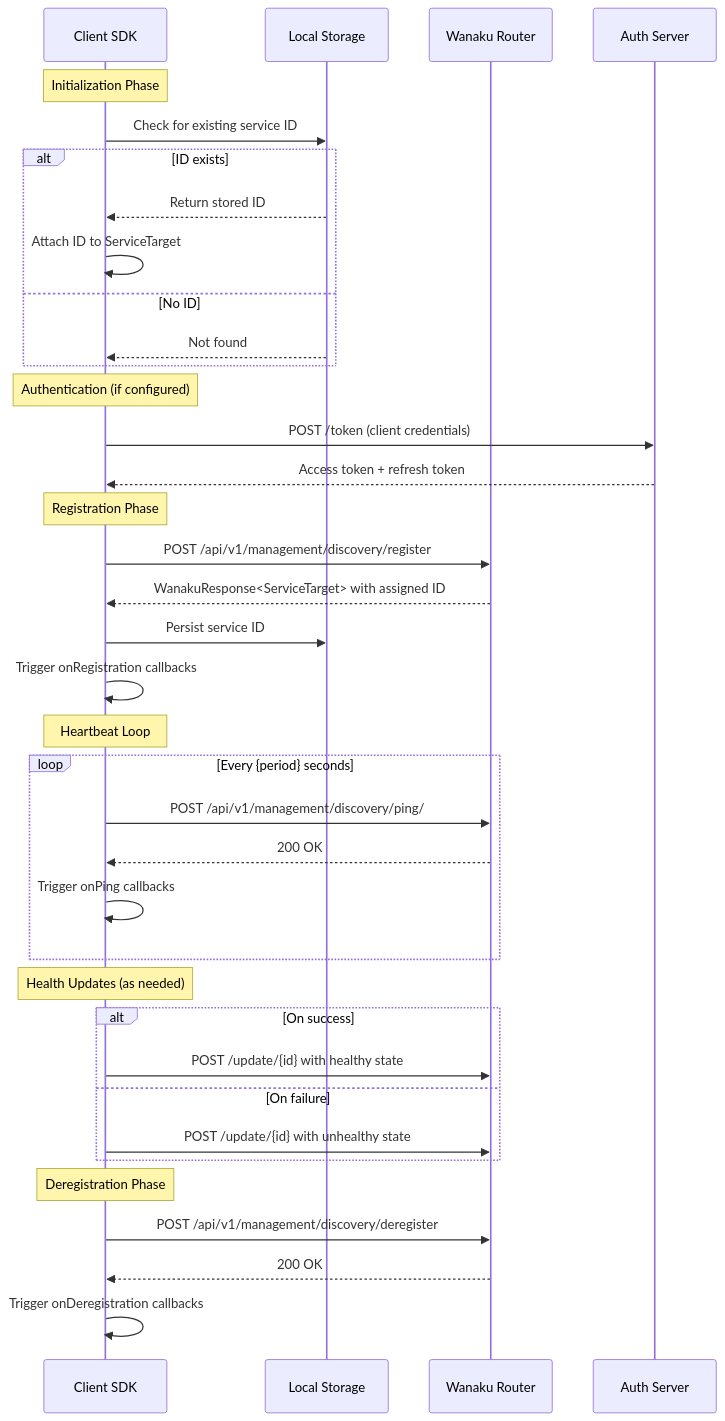
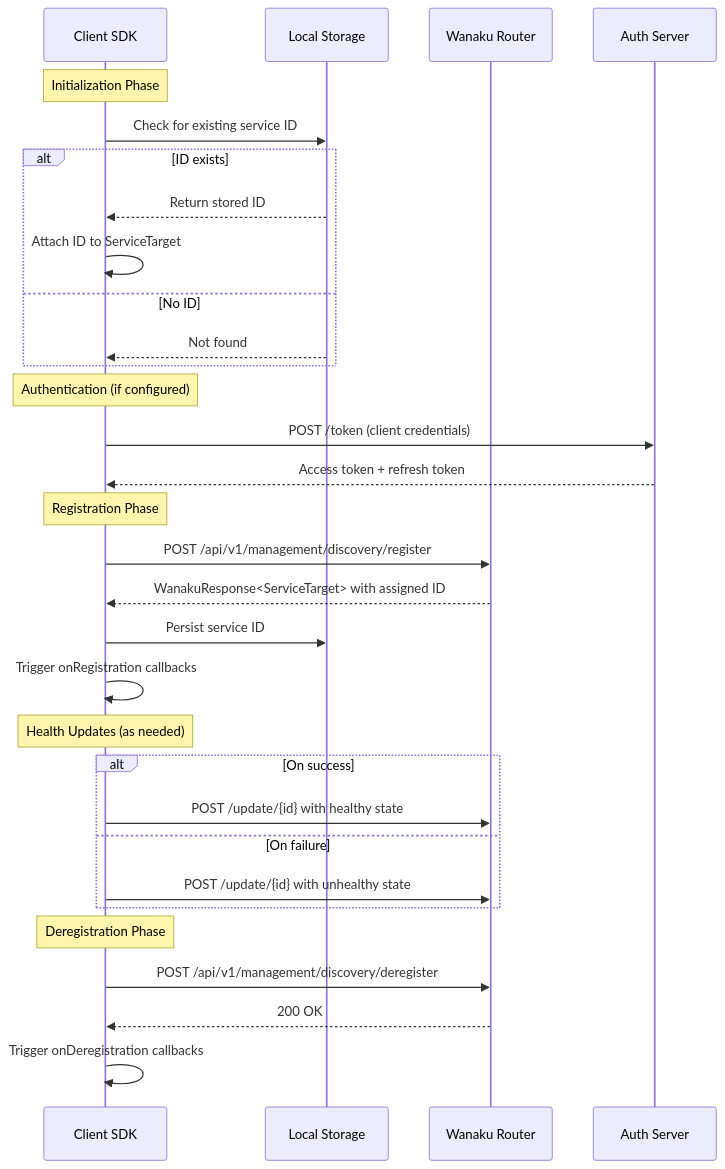
One commit to wanaku-ai/wanaku-capabilities-java-sdk changed the diagram in docs/client-registration-flow.md. Above: the diagram before and after it, drawn with Mermaid. The commit also changed other lines of this file and 15 other files, not shown here.

````diff
--- a/docs/client-registration-flow.md
+++ b/docs/client-registration-flow.md
@@ -86,45 +75,38 @@
 ```mermaid
 sequenceDiagram
     participant Client as Client SDK
     participant Storage as Local Storage
     participant Router as Wanaku Router
     participant Auth as Auth Server
 
     Note over Client: Initialization Phase
     Client->>Storage: Check for existing service ID
     alt ID exists
         Storage-->>Client: Return stored ID
         Client->>Client: Attach ID to ServiceTarget
     else No ID
         Storage-->>Client: Not found
     end
 
     Note over Client: Authentication (if configured)
     Client->>Auth: POST /token (client credentials)
     Auth-->>Client: Access token + refresh token
 
     Note over Client: Registration Phase
     Client->>Router: POST /api/v1/management/discovery/register
     Router-->>Client: WanakuResponse<ServiceTarget> with assigned ID
     Client->>Storage: Persist service ID
     Client->>Client: Trigger onRegistration callbacks
 
-    Note over Client: Heartbeat Loop
-    loop Every {period} seconds
-        Client->>Router: POST /api/v1/management/discovery/ping/
-        Router-->>Client: 200 OK
-        Client->>Client: Trigger onPing callbacks
-    end
-
     Note over Client: Health Updates (as needed)
     alt On success
         Client->>Router: POST /update/{id} with healthy state
     else On failure
         Client->>Router: POST /update/{id} with unhealthy state
     end
 
     Note over Client: Deregistration Phase
     Client->>Router: POST /api/v1/management/discovery/deregister
     Router-->>Client: 200 OK
     Client->>Client: Trigger onDeregistration callbacks
 ```
````
